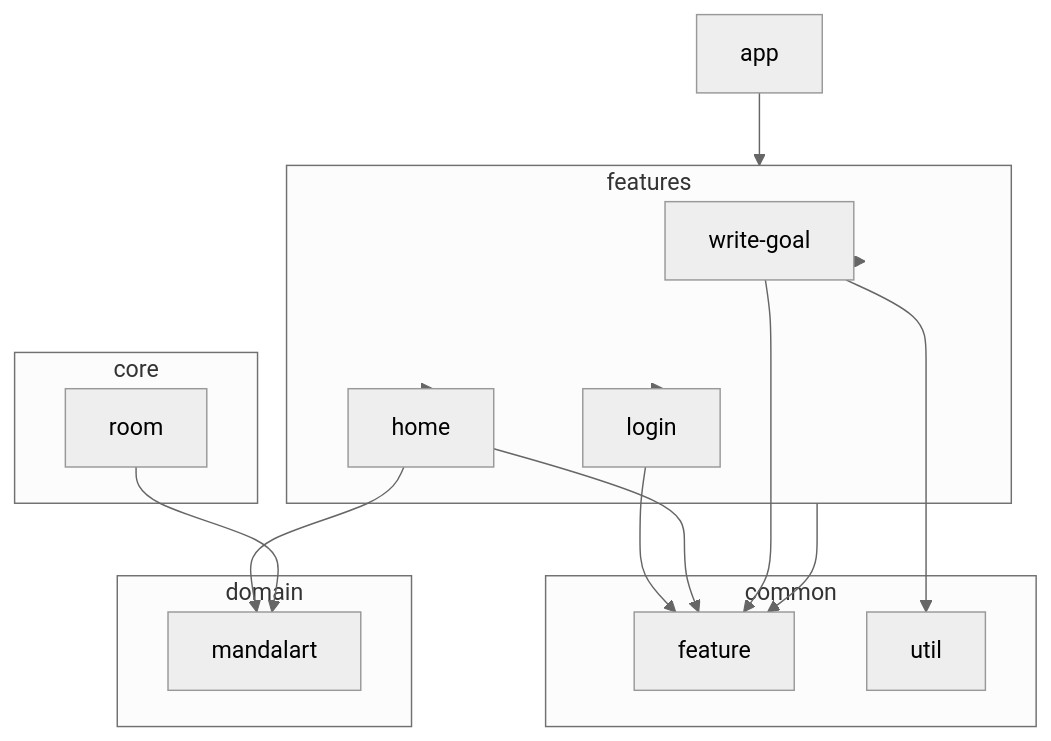
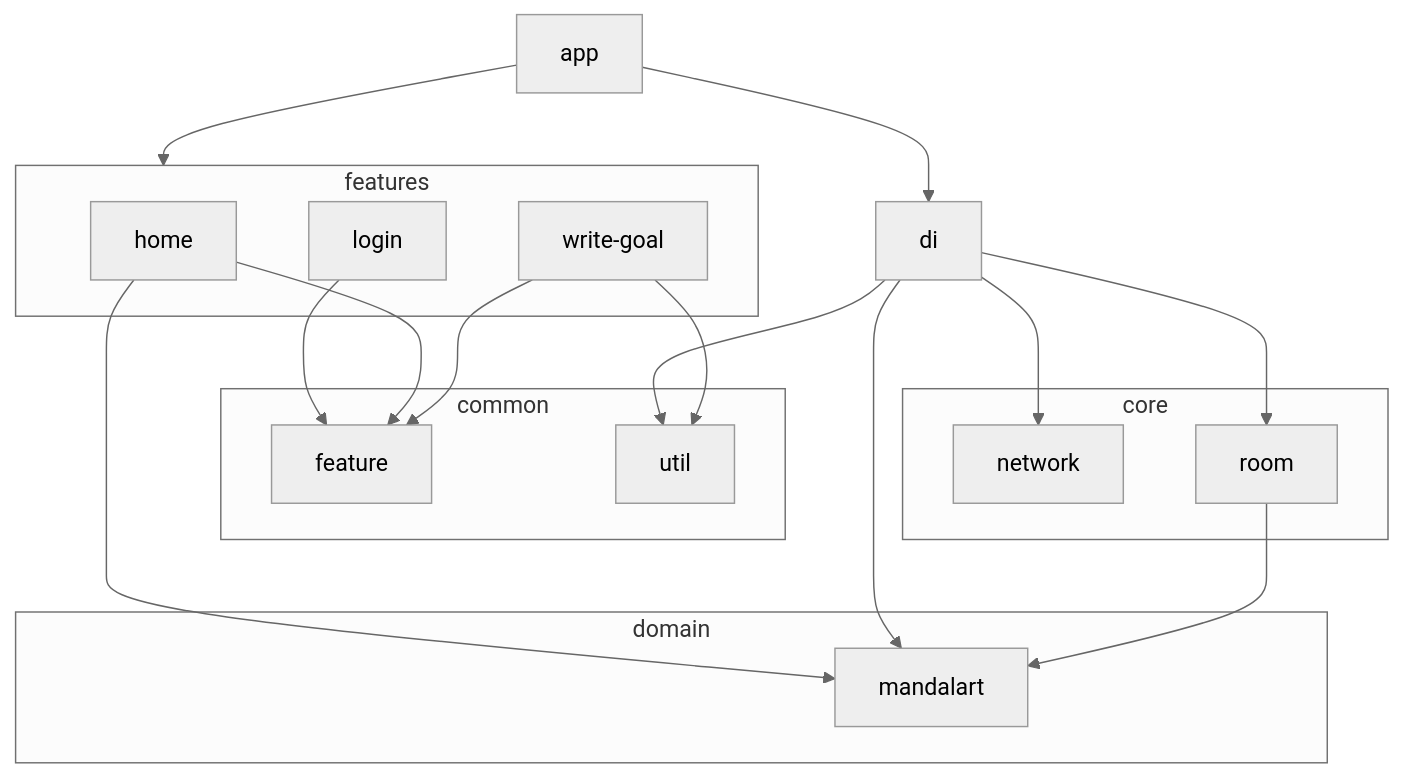
Before and after one commit to Eggtart-Mandal-art/Eggtart-Android: the diagram in README.md, drawn with Mermaid. The commit also changed 42 other files, not shown here.

````diff
--- a/README.md
+++ b/README.md
@@ -5,36 +5,38 @@
 ```mermaid
 %%{
   init: {
     'theme': 'neutral'
   }
 }%%
 
 graph TB
 
   subgraph common
     feature
     util
   end
   subgraph core
+    network
     room
   end
   subgraph domain
     mandalart
   end
   subgraph features
     home
     login
     write-goal
   end
   login --> feature
-  features --> feature
-  features --> home
-  features --> login
-  features --> write-goal
   home --> feature
   home --> mandalart
   app --> features
+  app --> di
+  di --> util
+  di --> room
+  di --> network
+  di --> mandalart
   room --> mandalart
   write-goal --> feature
   write-goal --> util
 ```
````
